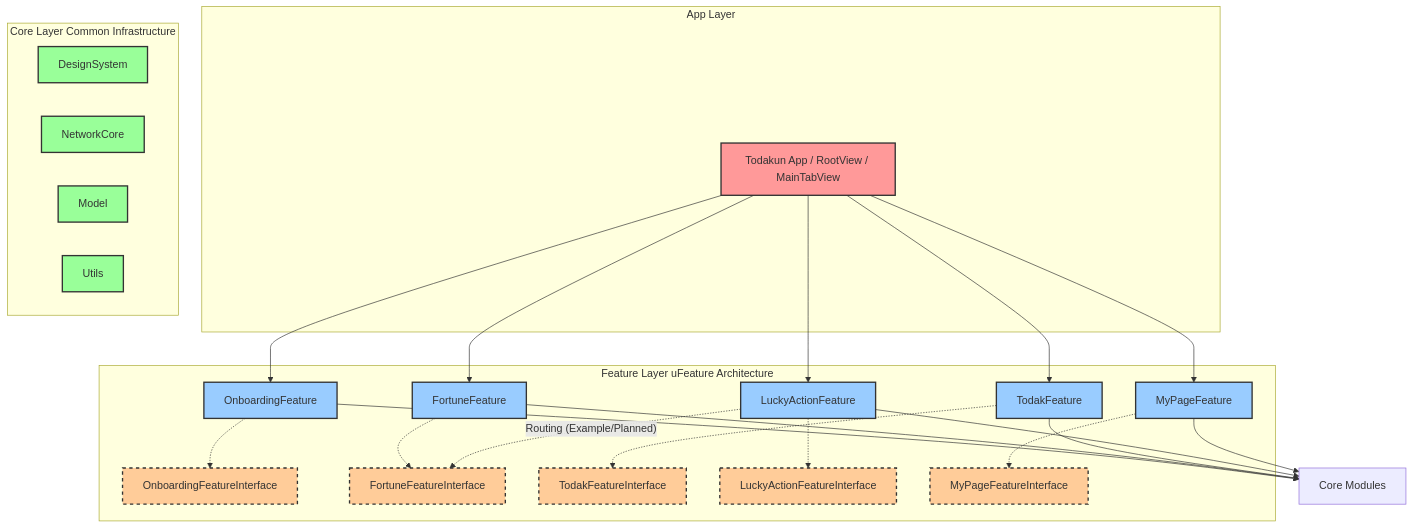
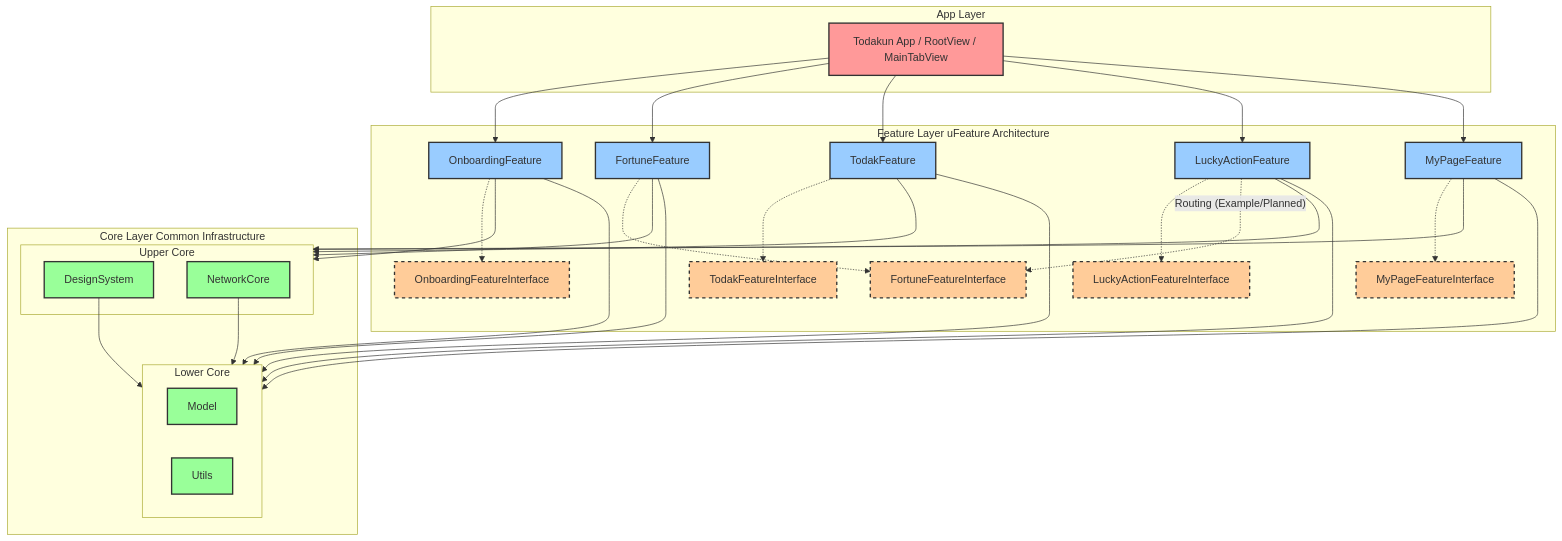
Before and after one commit to YAPP-Github/28th-App-Team-2-iOS: the diagram in README.md, drawn with Mermaid. The commit also changed other lines of this file and 7 other files, not shown here.

````diff
--- a/README.md
+++ b/README.md
@@ -23,60 +23,72 @@
 ```mermaid
 graph TD
     subgraph AppLayer [App Layer]
         TodakunApp[Todakun App / RootView / MainTabView]
     end
 
     subgraph FeatureLayer [Feature Layer uFeature Architecture]
         Onboarding[OnboardingFeature]
         OnboardingIF[OnboardingFeatureInterface]
         Fortune[FortuneFeature]
         FortuneIF[FortuneFeatureInterface]
         Todak[TodakFeature]
         TodakIF[TodakFeatureInterface]
         LuckyAction[LuckyActionFeature]
         LuckyActionIF[LuckyActionFeatureInterface]
         MyPage[MyPageFeature]
         MyPageIF[MyPageFeatureInterface]
 
         Onboarding -.-> OnboardingIF
         Fortune -.-> FortuneIF
         Todak -.-> TodakIF
         LuckyAction -.-> LuckyActionIF
         MyPage -.-> MyPageIF
     end
 
     subgraph CoreLayer [Core Layer Common Infrastructure]
-        DesignSystem[DesignSystem]
-        NetworkCore[NetworkCore]
-        Model[Model]
-        Utils[Utils]
+        subgraph UpperCore [Upper Core]
+            DesignSystem[DesignSystem]
+            NetworkCore[NetworkCore]
+        end
+        subgraph LowerCore [Lower Core]
+            Model[Model]
+            Utils[Utils]
+        end
+        
+        DesignSystem --> LowerCore
+        NetworkCore --> LowerCore
     end
 
     %% App Layer imports features
     TodakunApp --> Onboarding
     TodakunApp --> Fortune
     TodakunApp --> Todak
     TodakunApp --> LuckyAction
     TodakunApp --> MyPage
     
     %% Example of Feature Navigation via Interface
     LuckyAction -. "Routing (Example/Planned)" .-> FortuneIF
     
     %% Features depend on Core
-    Onboarding --> CoreLayer_Nodes[Core Modules]
-    Fortune --> CoreLayer_Nodes
-    Todak --> CoreLayer_Nodes
-    LuckyAction --> CoreLayer_Nodes
-    MyPage --> CoreLayer_Nodes
+    Onboarding --> UpperCore
+    Onboarding --> LowerCore
+    Fortune --> UpperCore
+    Fortune --> LowerCore
+    Todak --> UpperCore
+    Todak --> LowerCore
+    LuckyAction --> UpperCore
+    LuckyAction --> LowerCore
+    MyPage --> UpperCore
+    MyPage --> LowerCore
 
     %% Styling
     classDef app fill:#ff9999,stroke:#333,stroke-width:2px;
     classDef feature fill:#99ccff,stroke:#333,stroke-width:2px;
     classDef interface fill:#ffcc99,stroke:#333,stroke-width:2px,stroke-dasharray: 5 5;
     classDef core fill:#99ff99,stroke:#333,stroke-width:2px;
     
     class TodakunApp app;
     class Onboarding,Fortune,Todak,LuckyAction,MyPage feature;
     class OnboardingIF,FortuneIF,TodakIF,LuckyActionIF,MyPageIF interface;
     class DesignSystem,NetworkCore,Model,Utils core;
 ```
````
